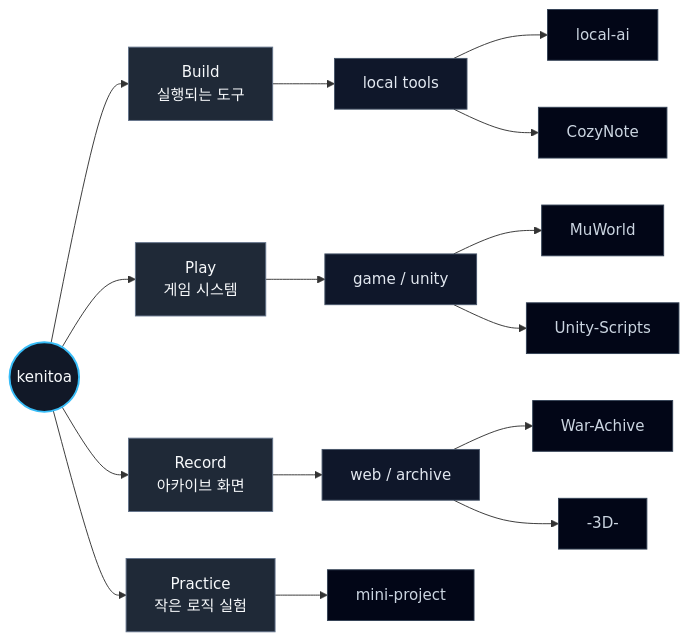
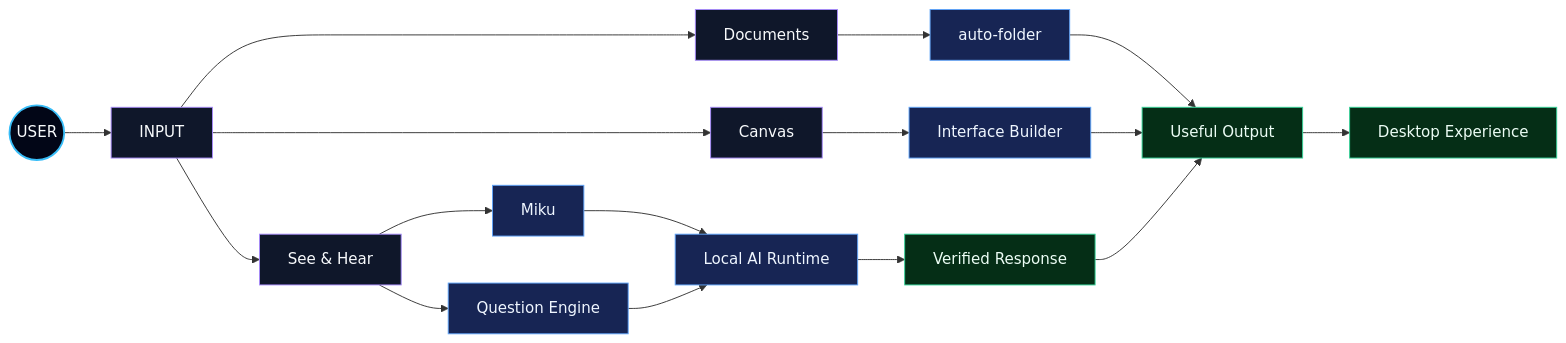
The diagram in README.md (kenitoa/kenitoa), drawn with Mermaid before and after one commit. The commit also changed other lines of this file and 2 other files, not shown here.

````diff
--- a/README.md
+++ b/README.md
@@ -179,32 +115,32 @@
 ```mermaid
 flowchart LR
-    K((kenitoa))
+    U((USER)) --> I[INPUT]
 
-    K --> B[Build<br/>실행되는 도구]
-    K --> P[Play<br/>게임 시스템]
-    K --> R[Record<br/>아카이브 화면]
-    K --> T[Practice<br/>작은 로직 실험]
+    I --> S[See & Hear]
+    I --> D[Documents]
+    I --> C[Canvas]
 
-    B --> LT[local tools]
-    LT --> LA[local-ai]
-    LT --> CN[CozyNote]
+    S --> M[Miku]
+    S --> Q[Question Engine]
+    D --> F[auto-folder]
+    C --> W[Interface Builder]
 
-    P --> GU[game / unity]
-    GU --> MW[MuWorld]
-    GU --> US[Unity-Scripts]
+    M --> A[Local AI Runtime]
+    Q --> A
+    A --> X[Verified Response]
 
-    R --> WA[web / archive]
-    WA --> WAR[War-Achive]
-    WA --> D3[-3D-]
+    F --> O[Useful Output]
+    W --> O
+    X --> O
 
-    T --> MP[mini-project]
+    O --> E[Desktop Experience]
 
-    classDef root fill:#111827,stroke:#38bdf8,color:#f8fafc,stroke-width:2px;
-    classDef signal fill:#1f2937,stroke:#64748b,color:#f8fafc;
-    classDef group fill:#0f172a,stroke:#475569,color:#e2e8f0;
-    classDef repo fill:#020617,stroke:#334155,color:#cbd5e1;
-    class K root;
-    class B,P,R,T signal;
-    class LT,GU,WA group;
-    class LA,CN,MW,US,WAR,D3,MP repo;
+    classDef user fill:#020617,stroke:#38bdf8,color:#f8fafc,stroke-width:2px;
+    classDef input fill:#0f172a,stroke:#a78bfa,color:#f8fafc;
+    classDef system fill:#172554,stroke:#60a5fa,color:#eff6ff;
+    classDef output fill:#052e16,stroke:#34d399,color:#ecfdf5;
+    class U user;
+    class I,S,D,C input;
+    class M,Q,F,W,A system;
+    class X,O,E output;
 ```
````
